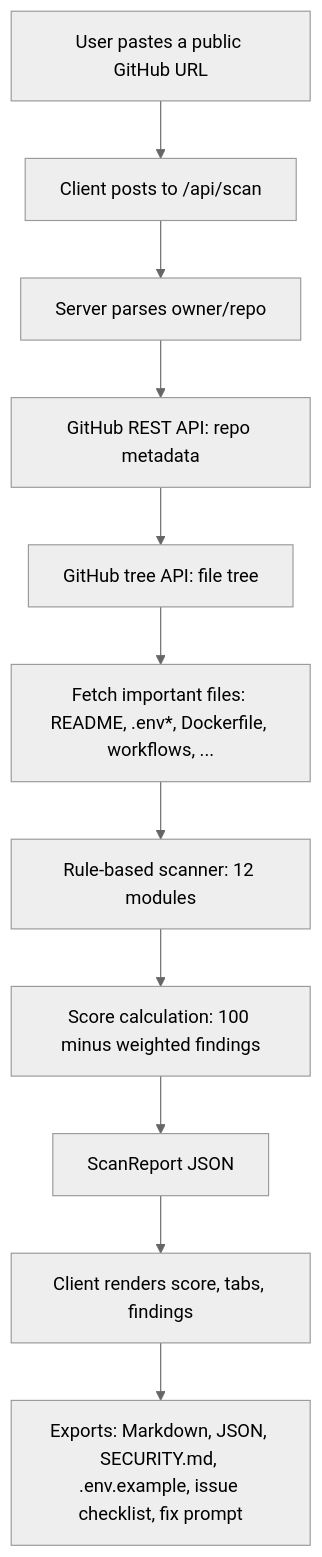
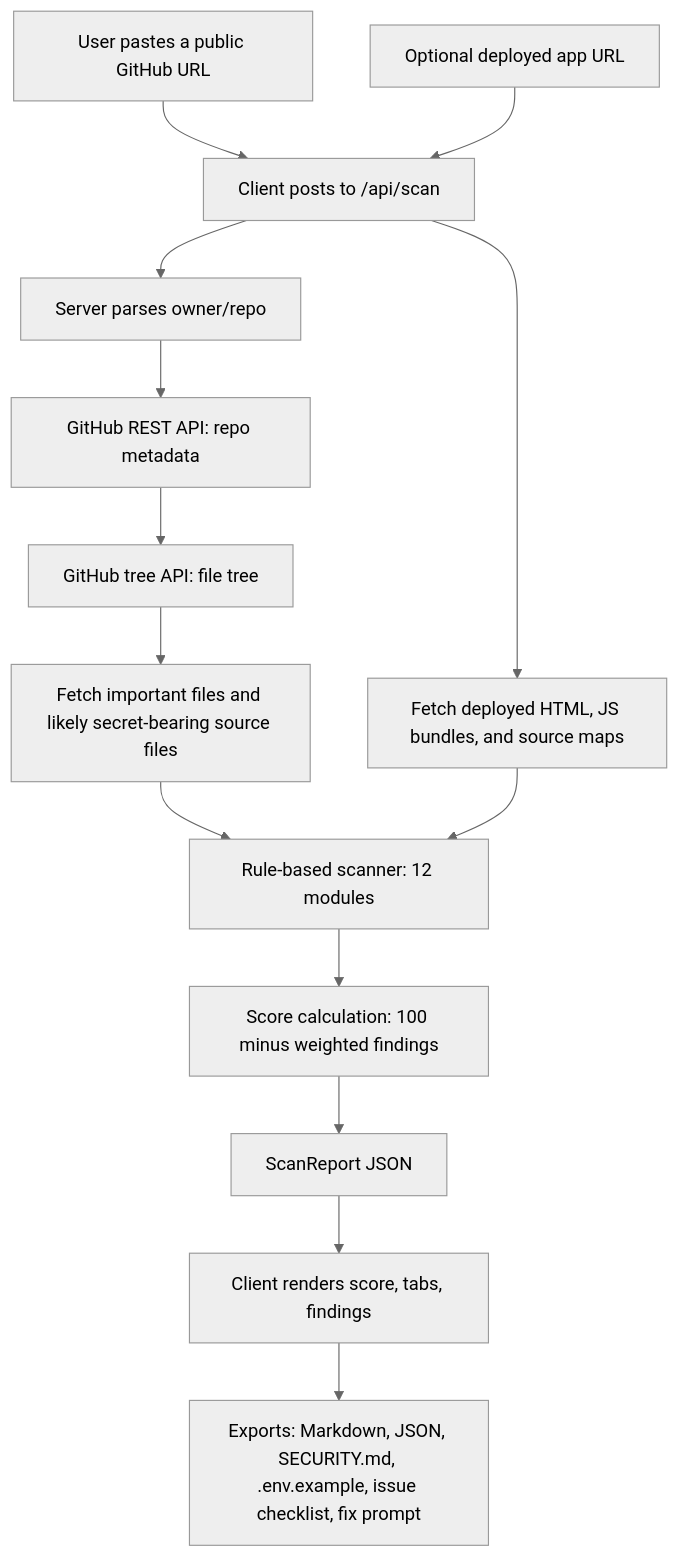
One commit to zanesense/reposec changed the first of 2 diagrams in README.md. Above: the diagram before and after it, drawn with Mermaid (neutral theme). The commit also changed other lines of this file and 19 other files, not shown here.

Commit message:
feat(scanner): expand secret scanning workflows

````diff
--- a/README.md
+++ b/README.md
@@ -114,13 +126,16 @@
 ```mermaid
 flowchart TD
     A[User pastes a public GitHub URL] --> B[Client posts to /api/scan]
+    A2[Optional deployed app URL] --> B
     B --> C[Server parses owner/repo]
     C --> D[GitHub REST API: repo metadata]
     D --> E[GitHub tree API: file tree]
-    E --> F[Fetch important files: README, .env*, Dockerfile, workflows, ...]
+    E --> F[Fetch important files and likely secret-bearing source files]
+    B --> X[Fetch deployed HTML, JS bundles, and source maps]
     F --> G[Rule-based scanner: 12 modules]
+    X --> G
     G --> H[Score calculation: 100 minus weighted findings]
     H --> I[ScanReport JSON]
     I --> J[Client renders score, tabs, findings]
     J --> K[Exports: Markdown, JSON, SECURITY.md, .env.example, issue checklist, fix prompt]
 ```
````
